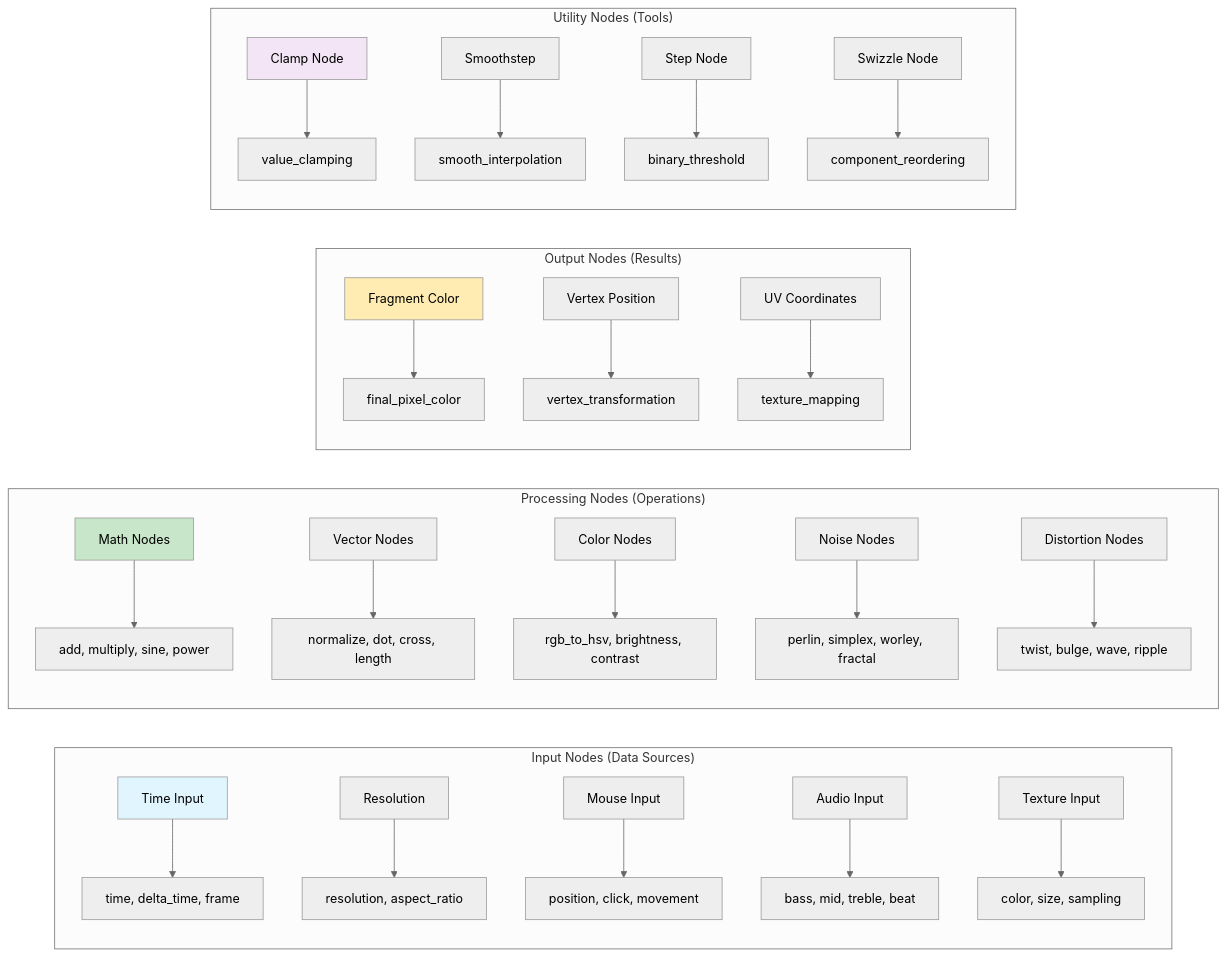
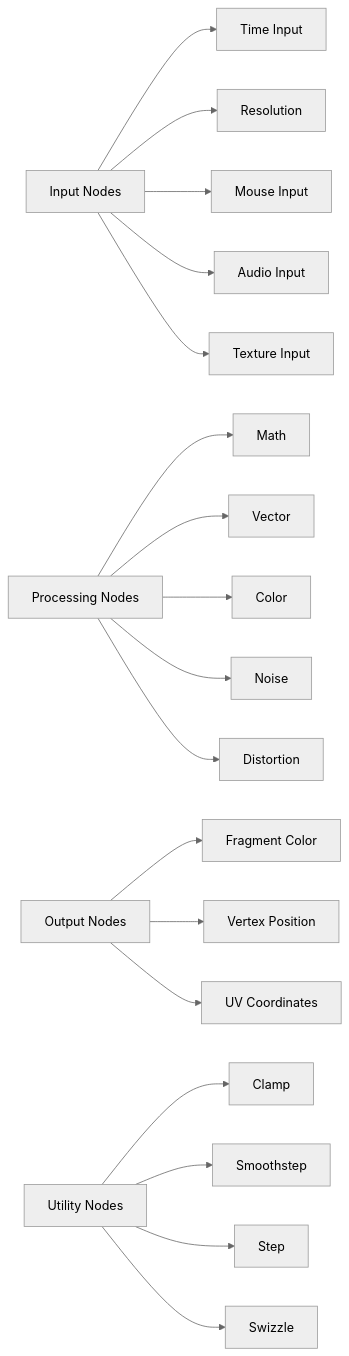
The third of 14 diagrams in docs/NODE_BASED_SYSTEM_ARCHITECTURE.md (compiling-org/WGSL-Shader-Studio), drawn with Mermaid (neutral theme) before and after one commit. The commit also changed other lines of this file and 37 other files, not shown here.

Commit message:
docs: reality-aligned content updates; diagrams unchanged; roadmap fix; systems reference wiring; PRD narrative adjusted; tech-arch reference note

````diff
--- a/docs/NODE_BASED_SYSTEM_ARCHITECTURE.md
+++ b/docs/NODE_BASED_SYSTEM_ARCHITECTURE.md
@@ -88,36 +67,20 @@
 ```mermaid
-graph LR
-    subgraph "Input Nodes (Data Sources)"
-        A[Time Input] --> A1[time, delta_time, frame]
-        B[Resolution] --> B1[resolution, aspect_ratio]
-        C[Mouse Input] --> C1[position, click, movement]
-        D[Audio Input] --> D1[bass, mid, treble, beat]
-        E[Texture Input] --> E1[color, size, sampling]
-    end
-    
-    subgraph "Processing Nodes (Operations)"
-        F[Math Nodes] --> F1[add, multiply, sine, power]
-        G[Vector Nodes] --> G1[normalize, dot, cross, length]
-        H[Color Nodes] --> H1[rgb_to_hsv, brightness, contrast]
-        I[Noise Nodes] --> I1[perlin, simplex, worley, fractal]
-        J[Distortion Nodes] --> J1[twist, bulge, wave, ripple]
-    end
-    
-    subgraph "Output Nodes (Results)"
-        K[Fragment Color] --> K1[final_pixel_color]
-        L[Vertex Position] --> L1[vertex_transformation]
-        M[UV Coordinates] --> M1[texture_mapping]
-    end
-    
-    subgraph "Utility Nodes (Tools)"
-        N[Clamp Node] --> N1[value_clamping]
-        O[Smoothstep] --> O1[smooth_interpolation]
-        P[Step Node] --> P1[binary_threshold]
-        Q[Swizzle Node] --> Q1[component_reordering]
-    end
-    
-    style A fill:#e1f5fe
-    style F fill:#c8e6c9
-    style K fill:#ffecb3
-    style N fill:#f3e5f5
+flowchart LR
+    Inputs[Input Nodes] --> A[Time Input]
+    Inputs --> B[Resolution]
+    Inputs --> C[Mouse Input]
+    Inputs --> D[Audio Input]
+    Inputs --> E[Texture Input]
+    Processing[Processing Nodes] --> F[Math]
+    Processing --> G[Vector]
+    Processing --> H[Color]
+    Processing --> I[Noise]
+    Processing --> J[Distortion]
+    Outputs[Output Nodes] --> K[Fragment Color]
+    Outputs --> L[Vertex Position]
+    Outputs --> M[UV Coordinates]
+    Utilities[Utility Nodes] --> N[Clamp]
+    Utilities --> O[Smoothstep]
+    Utilities --> P[Step]
+    Utilities --> Q[Swizzle]
 ```
````
